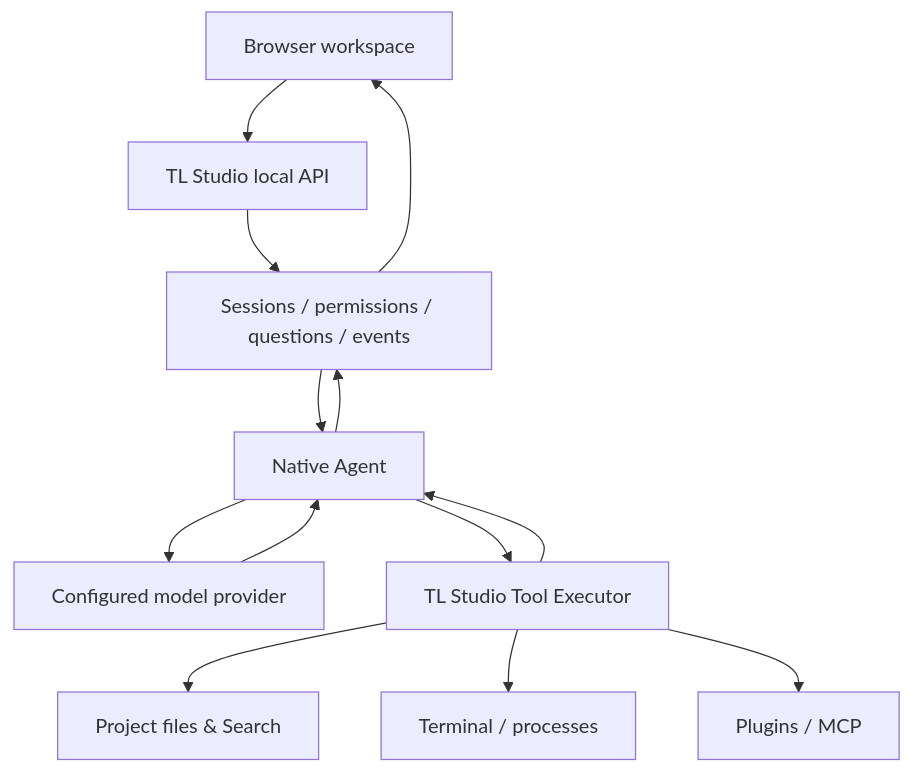
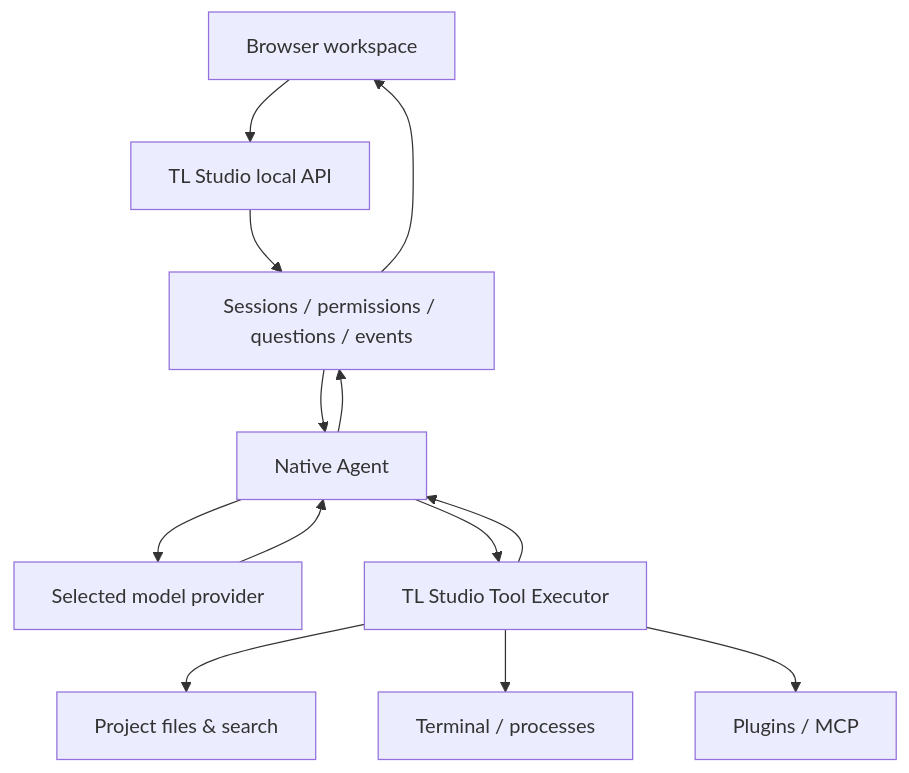
The diagram in README.fa_IR.md (pouramin/TL-Agent), drawn with Mermaid before and after one commit. The commit also changed other lines of this file and 102 other files, not shown here.

````diff
--- a/README.fa_IR.md
+++ b/README.fa_IR.md
@@ -209,18 +288,17 @@
 ```mermaid
 flowchart TD
     UI["Browser workspace"] --> API["TL Studio local API"]
-    API --> STATE["Sessions / permissions / questions / events"]
-    STATE --> AGENT["Native Agent"]
-
-    AGENT --> PROVIDER["Configured model provider"]
+    API --> SESSION["Sessions / permissions / questions / events"]
+    SESSION --> AGENT["Native Agent"]
+    AGENT --> PROVIDER["Selected model provider"]
     AGENT --> TOOLS["TL Studio Tool Executor"]
 
-    TOOLS --> FILES["Project files & Search"]
+    TOOLS --> FILES["Project files & search"]
     TOOLS --> TERM["Terminal / processes"]
     TOOLS --> MCP["Plugins / MCP"]
 
     PROVIDER --> AGENT
     TOOLS --> AGENT
-    AGENT --> STATE
-    STATE --> UI
+    AGENT --> SESSION
+    SESSION --> UI
 ```
````
